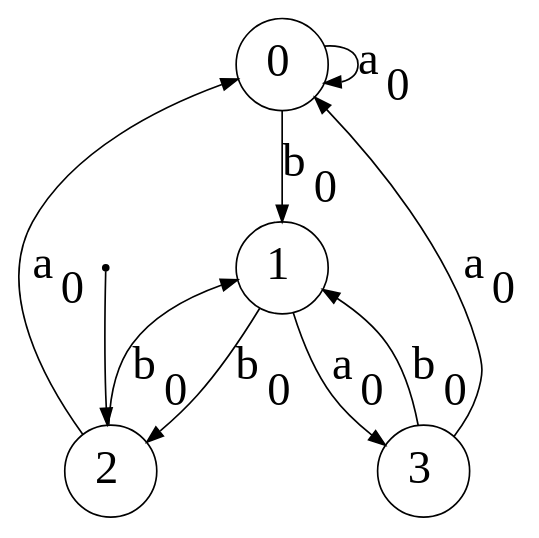
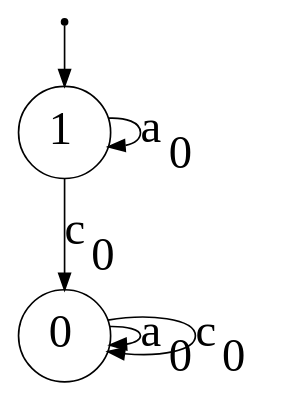
Before and after one commit to Reithger/Finite-State-Machine-Model: the diagram in dotsource.dot, drawn with Graphviz. The commit also changed 6 other files, not shown here.

```diff
--- a/dotsource.dot
+++ b/dotsource.dot
@@ -1,16 +1,10 @@
 digraph G {
 "n0"[label= <0> shape=circle color="black" style=wedged fillcolor="white" style=filled fontsize="28"];
 "n1"[label= <1> shape=circle color="black" style=wedged fillcolor="white" style=filled fontsize="28"];
-"n2"[label= <2> shape=circle color="black" style=wedged fillcolor="white" style=filled fontsize="28"];
-"ArbitraryUnusedNameNoWorriesJustGrooving3"[fontSize=1 shape=point];
-"n3"[label= <3> shape=circle color="black" style=wedged fillcolor="white" style=filled fontsize="28"];
-{"ArbitraryUnusedNameNoWorriesJustGrooving3"}->{"n2"};
-{"n0"}->{"n1"}[label = <b<sub>0</sub>> color="black" arrowhead="normal" style="" fontsize="28"];
+"ArbitraryUnusedNameNoWorriesJustGrooving2"[fontSize=1 shape=point];
+{"ArbitraryUnusedNameNoWorriesJustGrooving2"}->{"n1"};
 {"n0"}->{"n0"}[label = <a<sub>0</sub>> color="black" arrowhead="normal" style="" fontsize="28"];
-{"n1"}->{"n3"}[label = <a<sub>0</sub>> color="black" arrowhead="normal" style="" fontsize="28"];
-{"n1"}->{"n2"}[label = <b<sub>0</sub>> color="black" arrowhead="normal" style="" fontsize="28"];
-{"n2"}->{"n1"}[label = <b<sub>0</sub>> color="black" arrowhead="normal" style="" fontsize="28"];
-{"n2"}->{"n0"}[label = <a<sub>0</sub>> color="black" arrowhead="normal" style="" fontsize="28"];
-{"n3"}->{"n1"}[label = <b<sub>0</sub>> color="black" arrowhead="normal" style="" fontsize="28"];
-{"n3"}->{"n0"}[label = <a<sub>0</sub>> color="black" arrowhead="normal" style="" fontsize="28"];
+{"n0"}->{"n0"}[label = <c<sub>0</sub>> color="black" arrowhead="normal" style="" fontsize="28"];
+{"n1"}->{"n0"}[label = <c<sub>0</sub>> color="black" arrowhead="normal" style="" fontsize="28"];
+{"n1"}->{"n1"}[label = <a<sub>0</sub>> color="black" arrowhead="normal" style="" fontsize="28"];
 }
```
